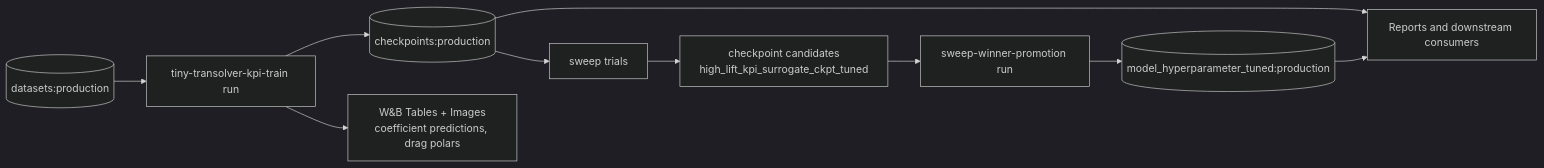
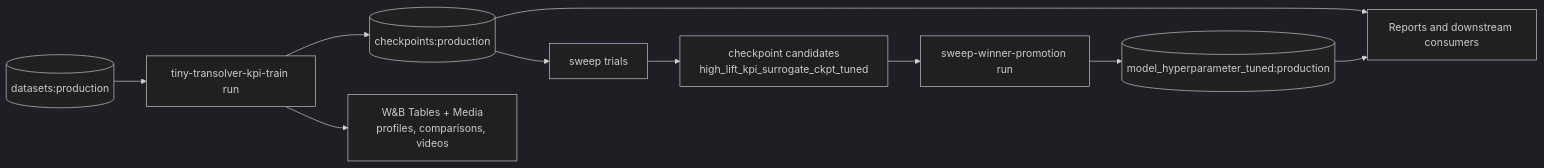
One commit to jbutt-wandb/physicsx_demo changed the third of 3 diagrams in README.md. Above: the diagram before and after it, drawn with Mermaid (dark theme). The commit also changed other lines of this file and 8 other files, not shown here.

````diff
--- a/README.md
+++ b/README.md
@@ -228,12 +215,12 @@
 ```mermaid
 flowchart LR
     D[(datasets:production)] --> T[tiny-transolver-kpi-train run]
     T --> C[(checkpoints:production)]
-    T --> M[W&B Tables + Images<br/>coefficient predictions, drag polars]
+    T --> M[W&B Tables + Media<br/>profiles, comparisons, videos]
     C --> S[sweep trials]
     S --> A[checkpoint candidates<br/>high_lift_kpi_surrogate_ckpt_tuned]
     A --> P[sweep-winner-promotion run]
     P --> H[(model_hyperparameter_tuned:production)]
     C --> R[Reports and downstream consumers]
     H --> R
 ```
````
